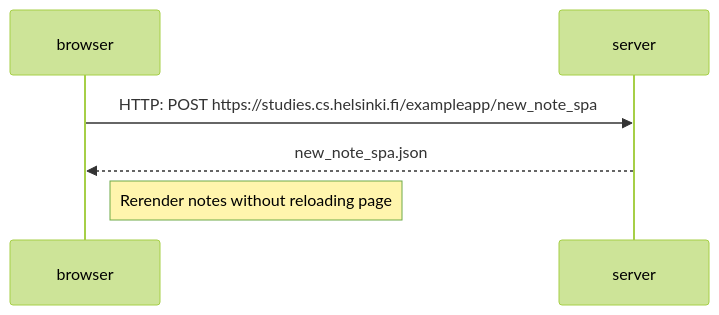
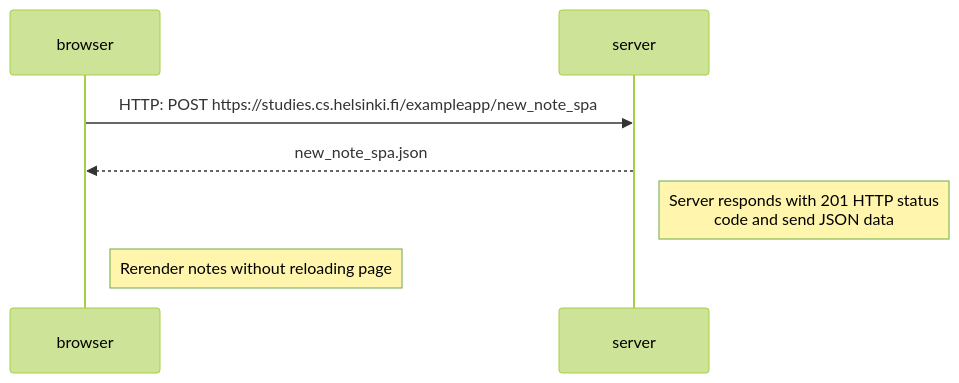
One commit to HadalyVillasclaras/FullStackOpen-HelsinkiUniversity changed the diagram in part0/3-new-note-spa-diagram.md. Above: the diagram before and after it, drawn with Mermaid (forest theme).

Commit message:
refactor

````diff
--- a/part0/3-new-note-spa-diagram.md
+++ b/part0/3-new-note-spa-diagram.md
@@ -3,11 +3,12 @@
 ```mermaid
 sequenceDiagram
 participant browser
 participant server
  
 browser->>server: HTTP: POST https://studies.cs.helsinki.fi/exampleapp/new_note_spa
 server-->>browser: new_note_spa.json
+Note right of server: Server responds with 201 HTTP status <br/>code and send JSON data
 
 Note right of browser: Rerender notes without reloading page
 
 ```
````
